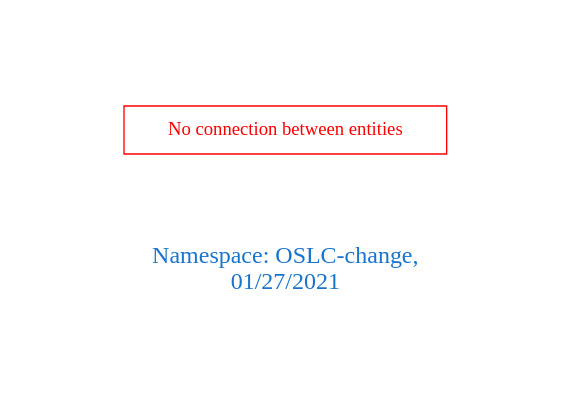
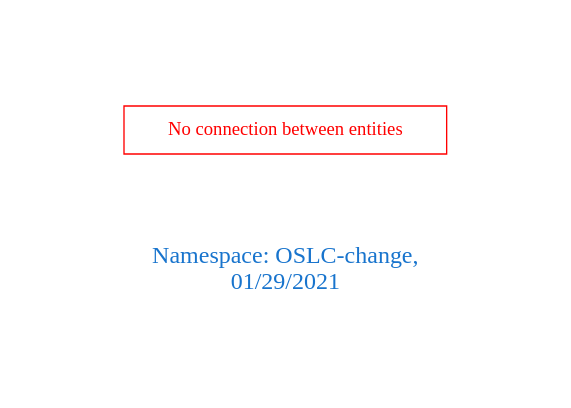
Before and after one commit to arago/OGIT: the diagram in downloads/OSLC-change.dot, drawn with Graphviz. The commit also changed 1838 other files, not shown here.

```diff
--- a/downloads/OSLC-change.dot
+++ b/downloads/OSLC-change.dot
@@ -1,9 +1,9 @@
 digraph OGIT_ontology {
  graph [ rankdir= LR,pad=1 
 fontsize = 18,
-fontcolor= dodgerblue3,label = "\n\n\nNamespace: OSLC-change, \n 01/27/2021"];
+fontcolor= dodgerblue3,label = "\n\n\nNamespace: OSLC-change, \n 01/29/2021"];
 node[shape=polygon];
 edge [  color="gray81"];
 
 "No connection between entities" [fontcolor = "red",color="red", shape="polygon"]
 }
```
